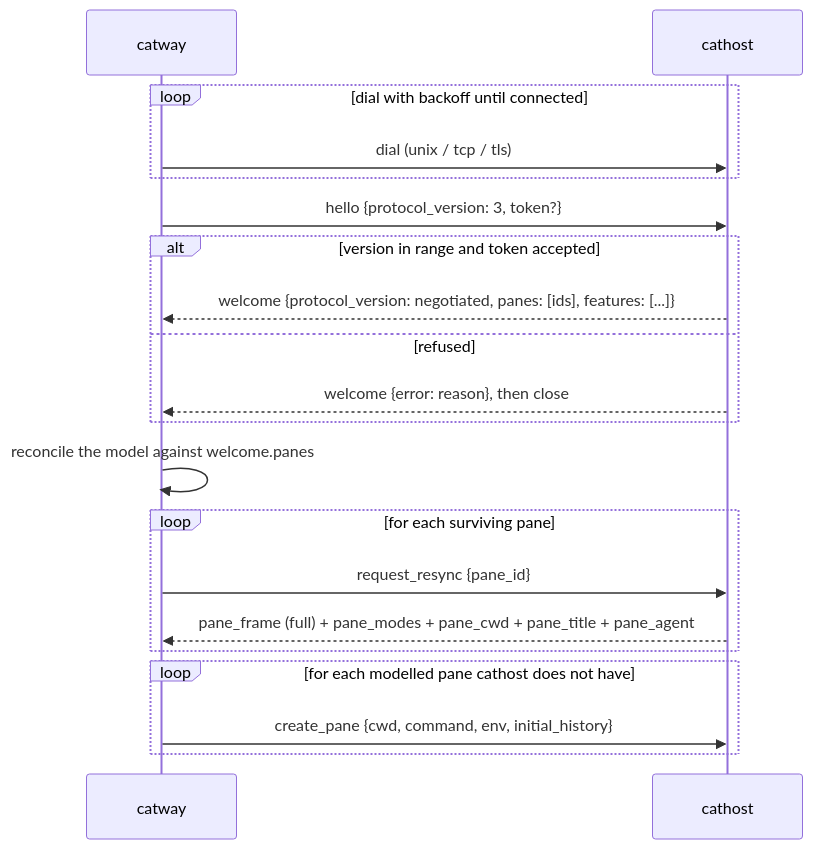
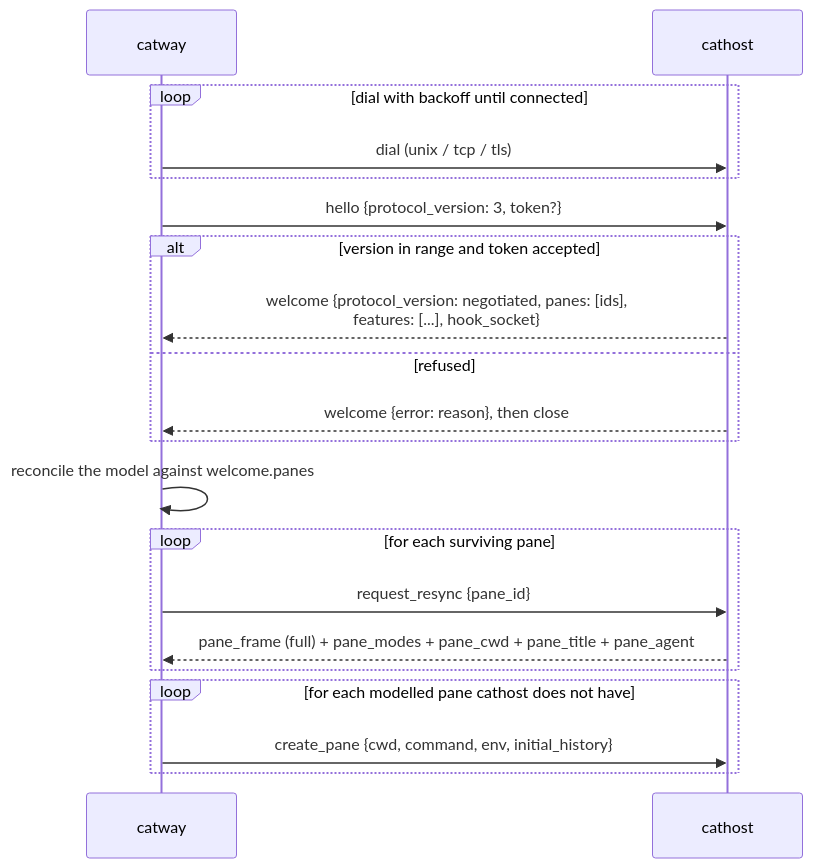
The first of 4 diagrams in docs/protocols/orchestration-seam.md (rohanthewiz/cats), drawn with Mermaid before and after one commit. The commit also changed other lines of this file and 11 other files, not shown here.

````diff
--- a/docs/protocols/orchestration-seam.md
+++ b/docs/protocols/orchestration-seam.md
@@ -33,23 +33,23 @@
 ```mermaid
 sequenceDiagram
   participant GW as catway
   participant TH as cathost
 
   loop dial with backoff until connected
     GW->>TH: dial (unix / tcp / tls)
   end
   GW->>TH: hello {protocol_version: 3, token?}
   alt version in range and token accepted
-    TH-->>GW: welcome {protocol_version: negotiated, panes: [ids], features: [...]}
+    TH-->>GW: welcome {protocol_version: negotiated, panes: [ids],<br/>features: [...], hook_socket}
   else refused
     TH-->>GW: welcome {error: reason}, then close
   end
   GW->>GW: reconcile the model against welcome.panes
   loop for each surviving pane
     GW->>TH: request_resync {pane_id}
     TH-->>GW: pane_frame (full) + pane_modes + pane_cwd + pane_title + pane_agent
   end
   loop for each modelled pane cathost does not have
     GW->>TH: create_pane {cwd, command, env, initial_history}
   end
 ```
````
